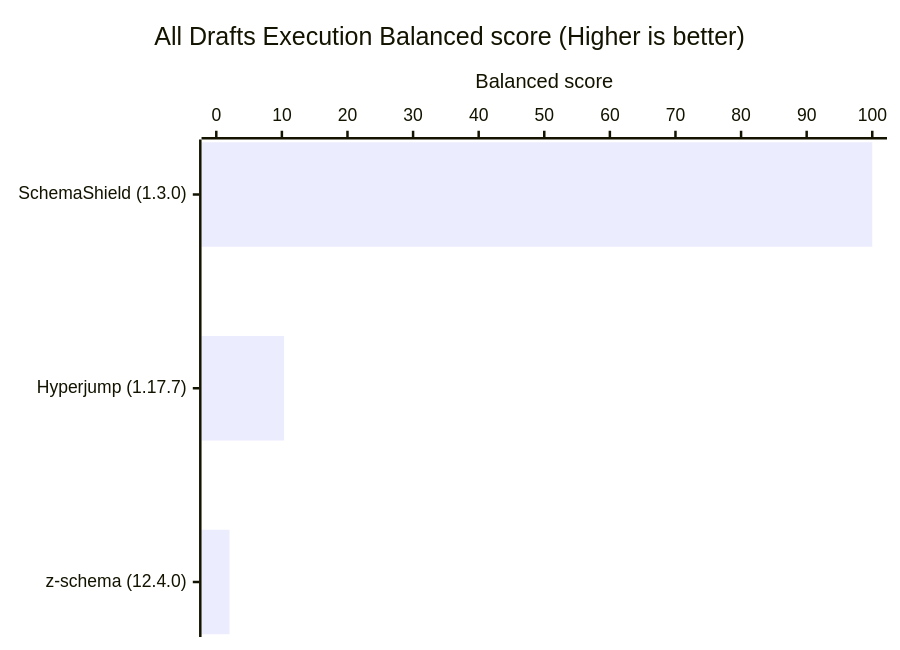
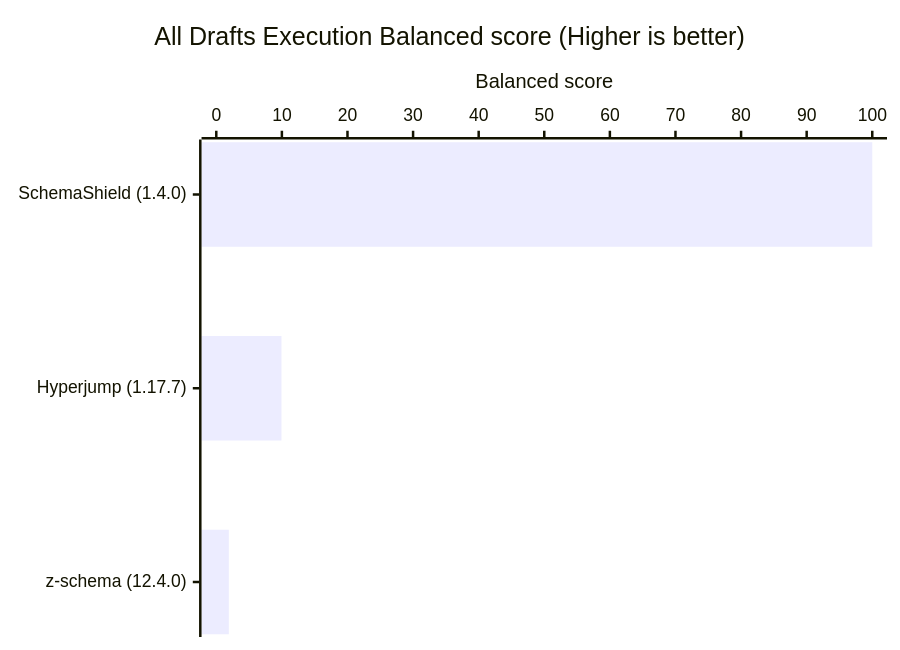
Before and after one commit to Masquerade-Circus/json-schema-validator-bench: the sixth of 8 diagrams in README.md, drawn with Mermaid. The commit also changed other lines of this file and 228 other files, not shown here.

````diff
--- a/README.md
+++ b/README.md
@@ -232,7 +240,7 @@
 ```mermaid
 xychart horizontal
     title "All Drafts Execution Balanced score (Higher is better)"
-    x-axis ["SchemaShield (1.3.0)", "Hyperjump (1.17.7)", "z-schema (12.4.0)"]
+    x-axis ["SchemaShield (1.4.0)", "Hyperjump (1.17.7)", "z-schema (12.4.0)"]
     y-axis "Balanced score" 0 --> 100
-    bar [100, 10.331, 2.015]
+    bar [100, 9.936, 1.912]
 ```
````
